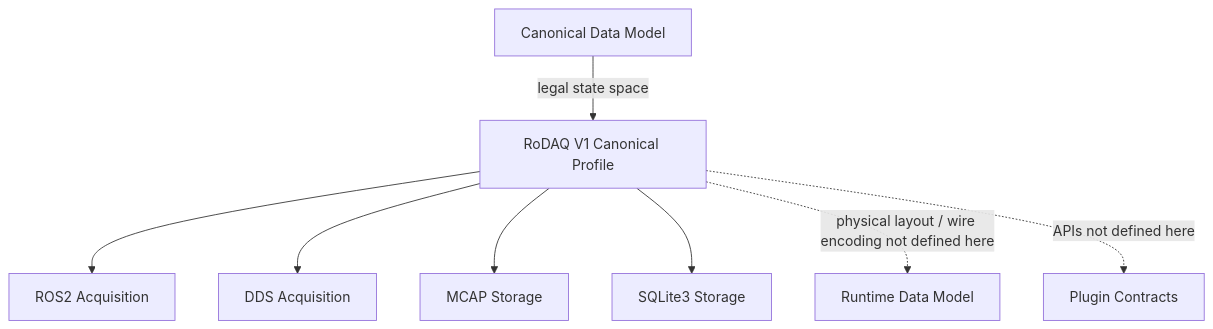
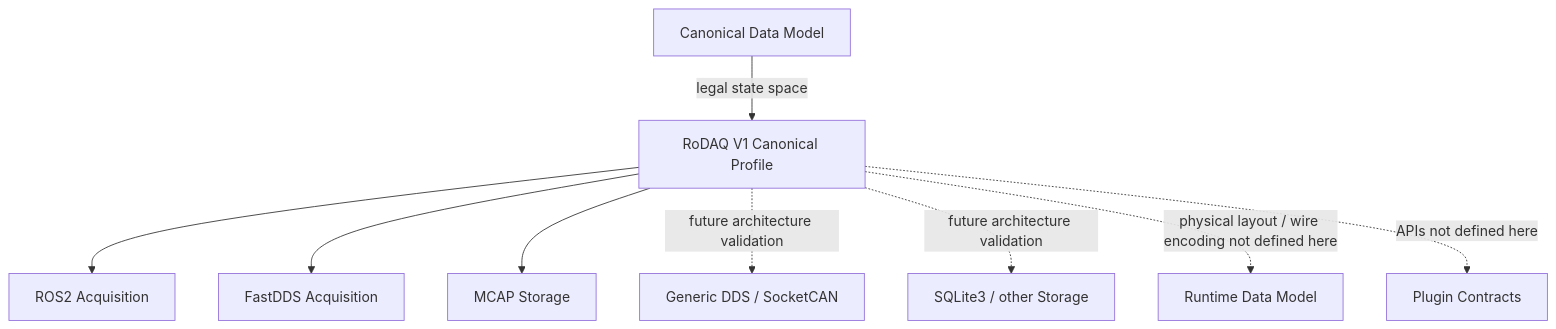
The first of 5 diagrams in docs/design/canonical_profile.md (SiYueY/rodaq), drawn with Mermaid before and after one commit. The commit also changed other lines of this file and 17 other files, not shown here.

````diff
--- a/docs/design/canonical_profile.md
+++ b/docs/design/canonical_profile.md
@@ -295,16 +295,17 @@
 ```mermaid
 flowchart TD
     CM[Canonical Data Model]
     CP[RoDAQ V1 Canonical Profile]
 
     CM -->|legal state space| CP
 
     CP --> ROS[ROS2 Acquisition]
-    CP --> DDS[DDS Acquisition]
+    CP --> FDD[FastDDS Acquisition]
 
     CP --> MCAP[MCAP Storage]
-    CP --> SQLITE[SQLite3 Storage]
+    CP -. future architecture validation .-> GDDS[Generic DDS / SocketCAN]
+    CP -. future architecture validation .-> SQLITE[SQLite3 / other Storage]
 
     CP -. physical layout / wire encoding not defined here .-> RT[Runtime Data Model]
     CP -. APIs not defined here .-> CONTRACTS[Plugin Contracts]
 ```
````
